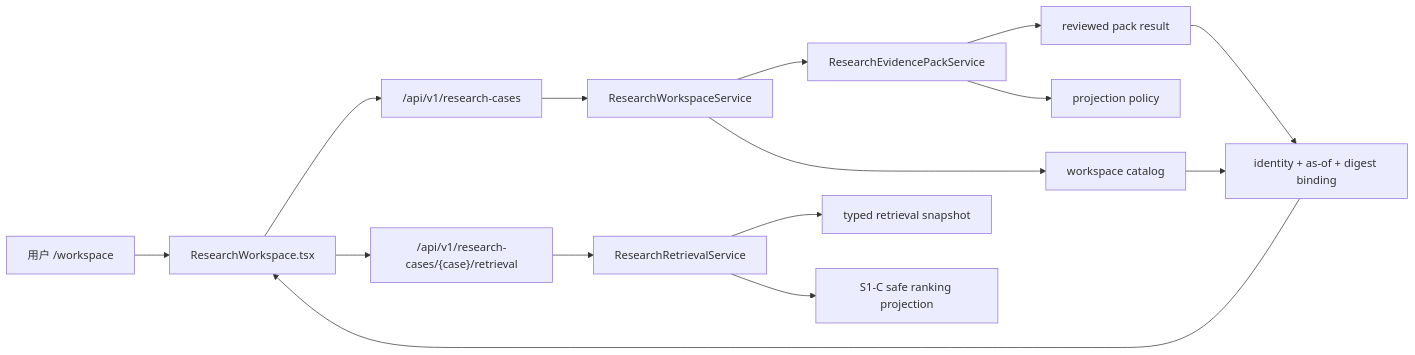
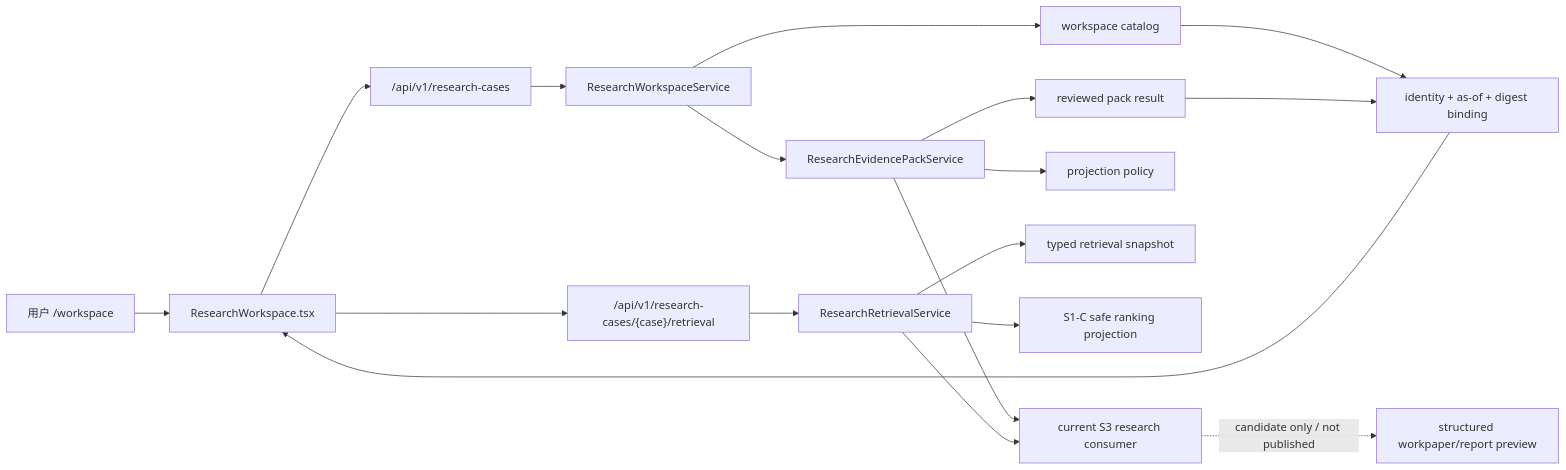
One commit to William-Huang274/FIN_Insight_Agent changed the first of 2 diagrams in docs/architecture/repository/FIN_0_1_3_CURRENT_BASELINE_CODE_MAP_20260811.zh-CN.md. Above: the diagram before and after it, drawn with Mermaid. The commit also changed other lines of this file and 18 other files, not shown here.

Commit message:
feat(s3): add current reviewed research consumer

````diff
--- a/docs/architecture/repository/FIN_0_1_3_CURRENT_BASELINE_CODE_MAP_20260811.zh-CN.md
+++ b/docs/architecture/repository/FIN_0_1_3_CURRENT_BASELINE_CODE_MAP_20260811.zh-CN.md
@@ -12,17 +12,20 @@
 ```mermaid
 flowchart LR
     U["用户 /workspace"] --> UI["ResearchWorkspace.tsx"]
     UI --> API["/api/v1/research-cases"]
     UI --> QAPI["/api/v1/research-cases/{case}/retrieval"]
     API --> WS["ResearchWorkspaceService"]
     WS --> EP["ResearchEvidencePackService"]
     WS --> C["workspace catalog"]
     EP --> R["reviewed pack result"]
     EP --> P["projection policy"]
     QAPI --> QS["ResearchRetrievalService"]
     QS --> QR["typed retrieval snapshot"]
     QS --> RC["S1-C safe ranking projection"]
+    EP --> S3C["current S3 research consumer"]
+    QS --> S3C
+    S3C -. "candidate only / not published" .-> RP["structured workpaper/report preview"]
     C --> B["identity + as-of + digest binding"]
     R --> B
     B --> UI
 ```
````
